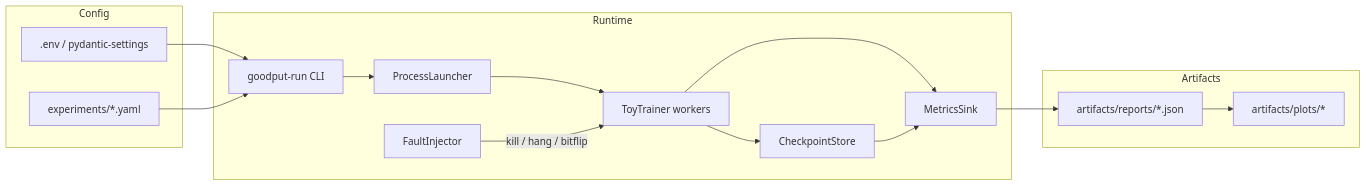
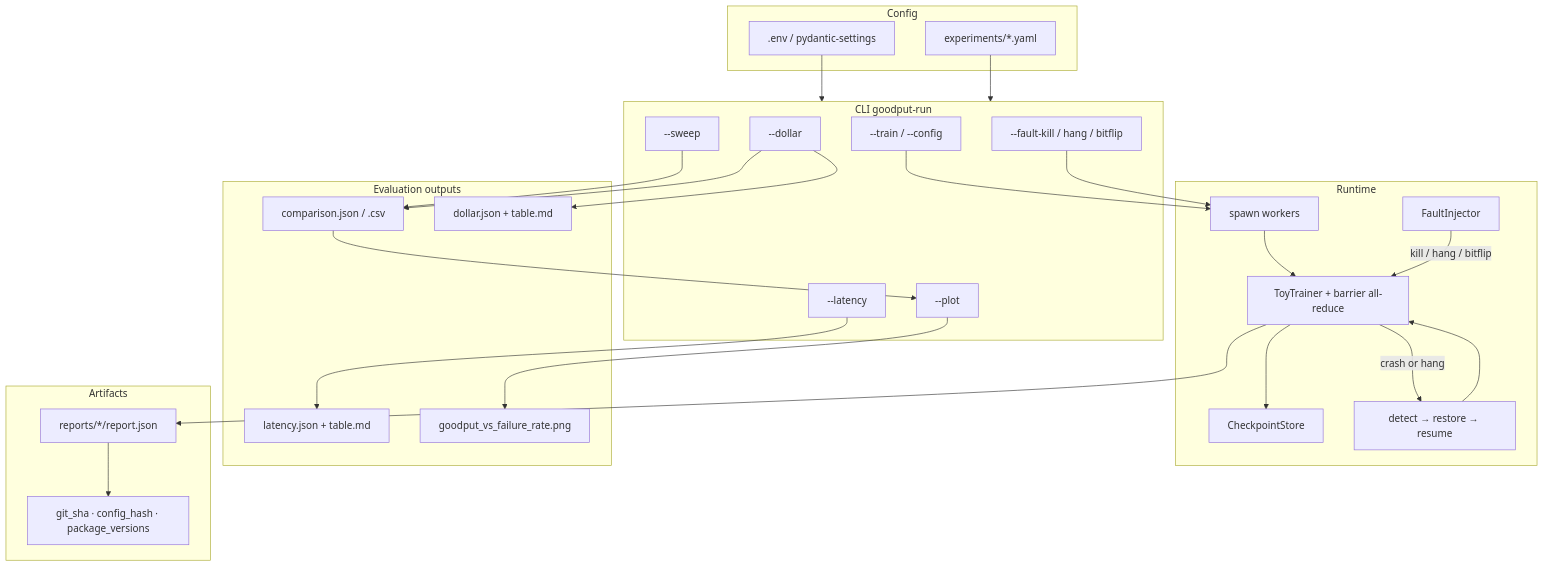
One commit to cletusabumah/goodput changed the first of 2 diagrams in docs/architecture.md. Above: the diagram before and after it, drawn with Mermaid. The commit also changed other lines of this file and 7 other files, not shown here.

````diff
--- a/docs/architecture.md
+++ b/docs/architecture.md
@@ -7,32 +7,54 @@
 ```mermaid
-flowchart LR
+flowchart TB
   subgraph config [Config]
     ENV[".env / pydantic-settings"]
     YAML["experiments/*.yaml"]
   end
 
+  subgraph cli [CLI goodput-run]
+    TRAIN_CMD["--train / --config"]
+    SWEEP["--sweep"]
+    LATENCY["--latency"]
+    DOLLAR["--dollar"]
+    PLOT["--plot"]
+    FAULT_CMD["--fault-kill / hang / bitflip"]
+  end
+
   subgraph runtime [Runtime]
-    CLI["goodput-run CLI"]
-    LAUNCH["ProcessLauncher"]
-    TRAIN["ToyTrainer workers"]
+    LAUNCH["spawn workers"]
+    LOOP["ToyTrainer + barrier all-reduce"]
     CKPT["CheckpointStore"]
     FAULT["FaultInjector"]
-    METRICS["MetricsSink"]
+    RECOVER["detect → restore → resume"]
+  end
+
+  subgraph eval [Evaluation outputs]
+    COMP["comparison.json / .csv"]
+    LAT["latency.json + table.md"]
+    DOL["dollar.json + table.md"]
+    PNG["goodput_vs_failure_rate.png"]
   end
 
   subgraph out [Artifacts]
-    REPORT["artifacts/reports/*.json"]
-    PLOTS["artifacts/plots/*"]
+    REPORT["reports/*/report.json"]
+    REPRO["git_sha · config_hash · package_versions"]
   end
 
-  ENV --> CLI
-  YAML --> CLI
-  CLI --> LAUNCH
-  LAUNCH --> TRAIN
-  TRAIN --> CKPT
-  FAULT -->|kill / hang / bitflip| TRAIN
-  TRAIN --> METRICS
-  CKPT --> METRICS
-  METRICS --> REPORT
-  REPORT --> PLOTS
+  ENV --> cli
+  YAML --> cli
+  TRAIN_CMD --> LAUNCH
+  FAULT_CMD --> LAUNCH
+  LAUNCH --> LOOP
+  LOOP --> CKPT
+  FAULT -->|kill / hang / bitflip| LOOP
+  LOOP -->|crash or hang| RECOVER
+  RECOVER --> LOOP
+  LOOP --> REPORT
+  REPORT --> REPRO
+  SWEEP --> COMP
+  LATENCY --> LAT
+  DOLLAR --> COMP
+  DOLLAR --> DOL
+  COMP --> PLOT
+  PLOT --> PNG
 ```
````
